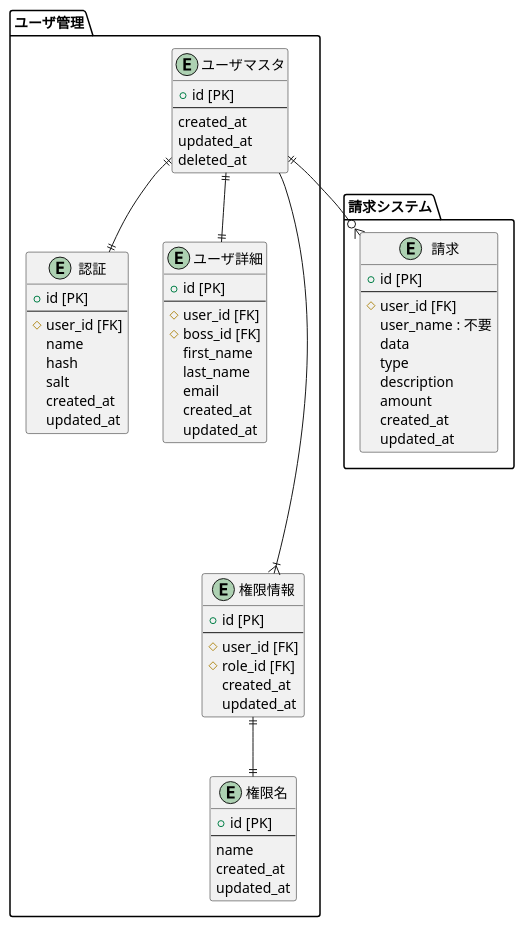
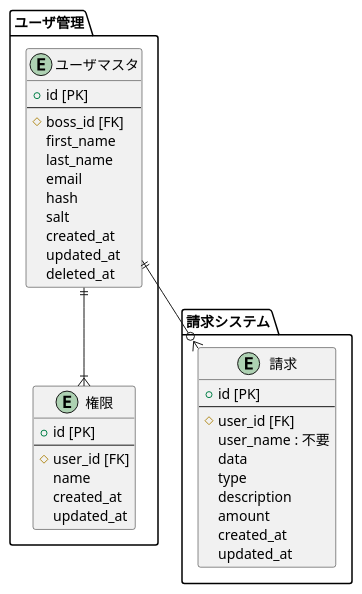
Before and after one commit to jkytf0122000/expense-reporter-sample: the diagram in uml/tables.pu, drawn with PlantUML. The commit also changed 12 other files, not shown here.

```diff
--- a/uml/tables.pu
+++ b/uml/tables.pu
@@ -1,74 +1,46 @@
 @startuml
 
 package 請求システム as expense_system {
   entity "請求" as expense {
     + id [PK]
     --
     # user_id [FK]
     user_name : 不要
     data
     type
     description
     amount
     created_at
     updated_at
   }
 }
 
 package ユーザ管理 as user_management {
-  entity "ユーザマスタ" as user_master {
+  entity "ユーザマスタ" as user {
     + id [PK]
     --
+    # boss_id [FK]
+    first_name
+    last_name
+    email
+    hash
+    salt
     created_at
     updated_at
     deleted_at
   }
 
-  entity "認証" as authentication {
+  entity "権限" as role {
     + id [PK]
     --
     # user_id [FK]
-    name
-    hash
-    salt
-    created_at
-    updated_at
-  }
-
-  entity "ユーザ詳細" as user_detail {
-    + id [PK]
-    --
-    # user_id [FK]
-    # boss_id [FK]
-    first_name
-    last_name
-    email
-    created_at
-    updated_at
-  }
-
-  entity "権限情報" as user_role {
-    + id [PK]
-    --
-    # user_id [FK]
-    # role_id [FK]
-    created_at
-    updated_at
-  }
-
-  entity "権限名" as role {
-    + id [PK]
-    --
     name
     created_at
     updated_at
   }
 }
 
-  user_master ||--|| authentication
-  user_master ||--|| user_detail
-  user_master ----|{ user_role
-  user_role   ||--|| role
-  user_master ||--o{ expense
+  user ||--|{ role
+  user ||--o{ expense
 
 @enduml
```
